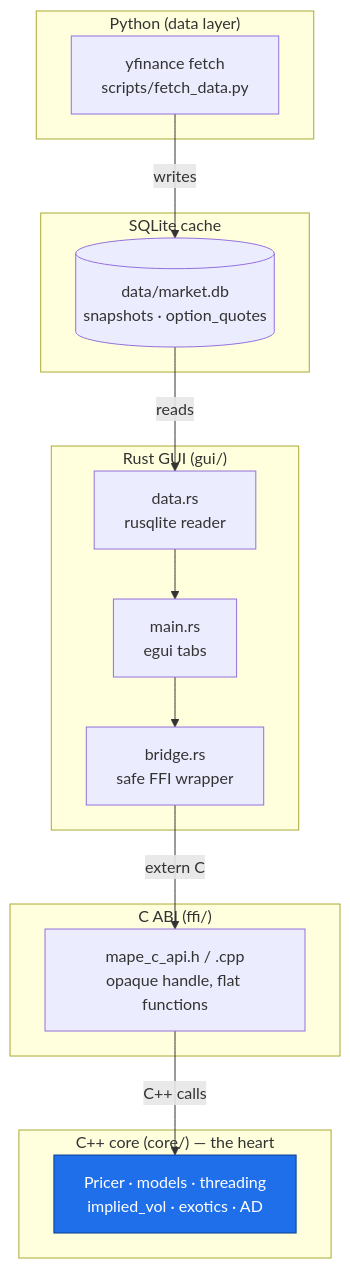
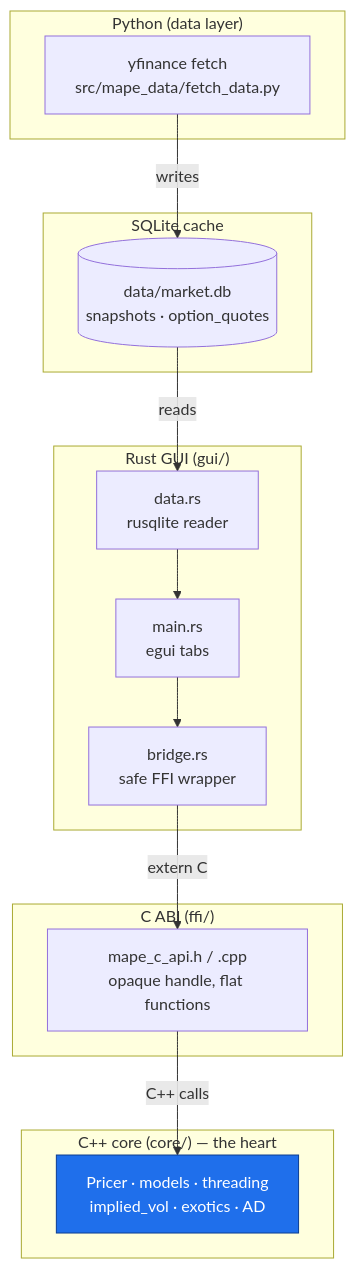
The first of 6 diagrams in docs/architecture.md (Loghic/mape), drawn with Mermaid before and after one commit. The commit also changed 9 other files, not shown here.

````diff
--- a/docs/architecture.md
+++ b/docs/architecture.md
@@ -13,30 +13,30 @@
 ```mermaid
 flowchart TD
     subgraph py["Python (data layer)"]
-        YF["yfinance fetch<br/>scripts/fetch_data.py"]
+        YF["yfinance fetch<br/>src/mape_data/fetch_data.py"]
     end
     subgraph db["SQLite cache"]
         DB[("data/market.db<br/>snapshots · option_quotes")]
     end
     subgraph rust["Rust GUI (gui/)"]
         DATA["data.rs<br/>rusqlite reader"]
         BRIDGE["bridge.rs<br/>safe FFI wrapper"]
         UI["main.rs<br/>egui tabs"]
     end
     subgraph ffi["C ABI (ffi/)"]
         CAPI["mape_c_api.h / .cpp<br/>opaque handle, flat functions"]
     end
     subgraph core["C++ core (core/) — the heart"]
         ENGINE["Pricer · models · threading<br/>implied_vol · exotics · AD"]
     end
 
     YF -->|writes| DB
     DB -->|reads| DATA
     DATA --> UI
     UI --> BRIDGE
     BRIDGE -->|extern C| CAPI
     CAPI -->|C++ calls| ENGINE
 
     classDef heart fill:#1f6feb,stroke:#0b3d91,color:#fff;
     class ENGINE heart;
 ```
````
